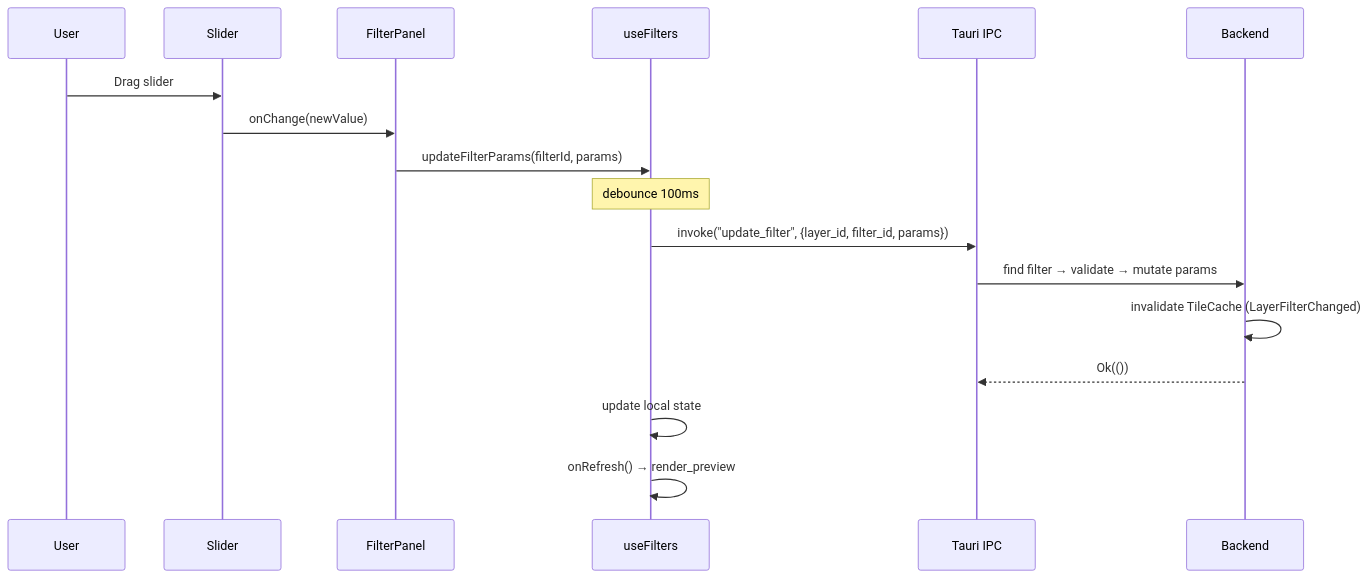
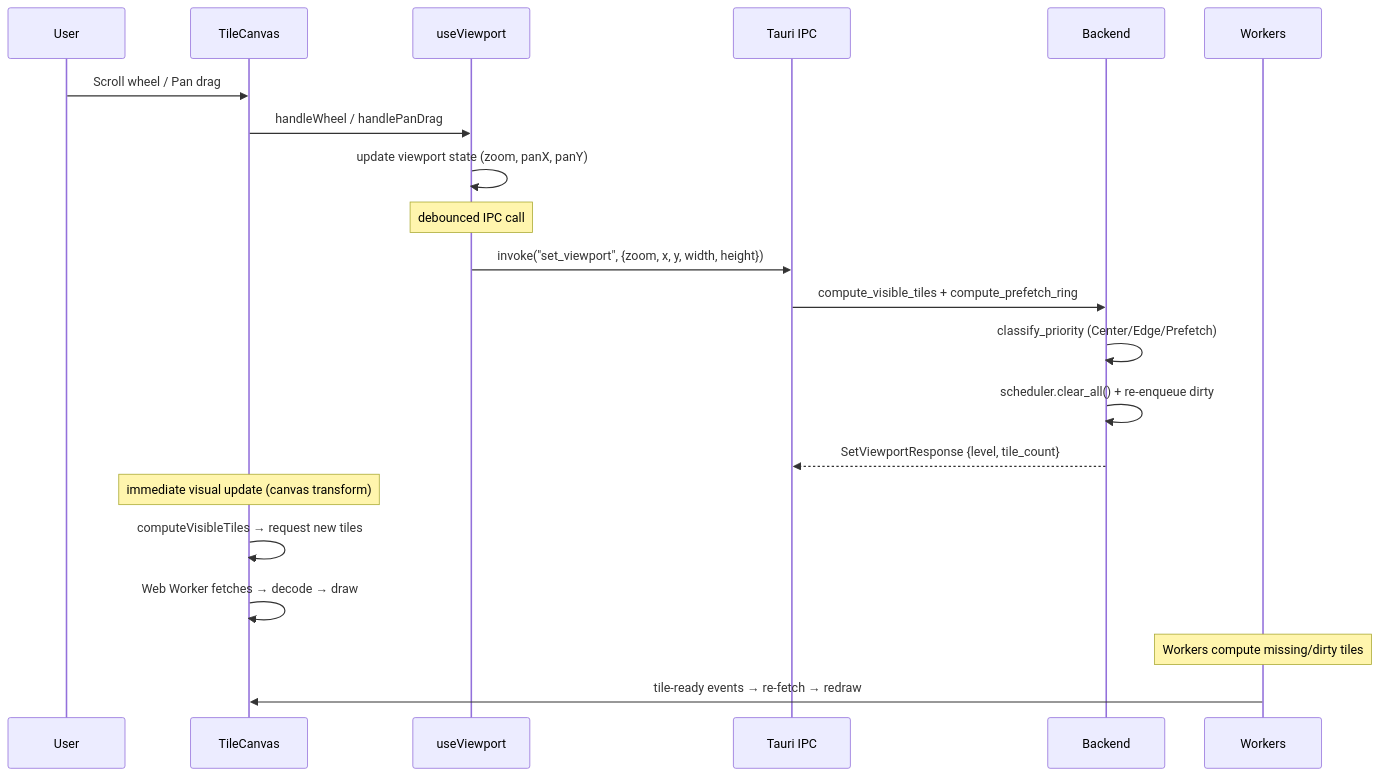
One commit to edrdavid1/dith-yuki changed the eighth of 10 diagrams in ARCHITECTURE.md. Above: the diagram before and after it, drawn with Mermaid. The commit also changed other lines of this file and 35 other files, not shown here.

First line of the commit message:
feat: tile-viewport rendering pipeline

````diff
--- a/ARCHITECTURE.md
+++ b/ARCHITECTURE.md
@@ -1004,20 +1213,25 @@
 ```mermaid
 sequenceDiagram
     participant User
-    participant Slider
-    participant FilterPanel
-    participant useFilters
+    participant TileCanvas
+    participant useViewport
     participant IPC as Tauri IPC
     participant Backend
+    participant Workers
 
-    User->>Slider: Drag slider
-    Slider->>FilterPanel: onChange(newValue)
-    FilterPanel->>useFilters: updateFilterParams(filterId, params)
-    Note over useFilters: debounce 100ms
-    useFilters->>IPC: invoke("update_filter", {layer_id, filter_id, params})
-    IPC->>Backend: find filter → validate → mutate params
-    Backend->>Backend: invalidate TileCache (LayerFilterChanged)
-    Backend-->>IPC: Ok(())
-    useFilters->>useFilters: update local state
-    useFilters->>useFilters: onRefresh() → render_preview
+    User->>TileCanvas: Scroll wheel / Pan drag
+    TileCanvas->>useViewport: handleWheel / handlePanDrag
+    useViewport->>useViewport: update viewport state (zoom, panX, panY)
+    Note over useViewport: debounced IPC call
+    useViewport->>IPC: invoke("set_viewport", {zoom, x, y, width, height})
+    IPC->>Backend: compute_visible_tiles + compute_prefetch_ring
+    Backend->>Backend: classify_priority (Center/Edge/Prefetch)
+    Backend->>Backend: scheduler.clear_all() + re-enqueue dirty
+    Backend-->>IPC: SetViewportResponse {level, tile_count}
+
+    Note over TileCanvas: immediate visual update (canvas transform)
+    TileCanvas->>TileCanvas: computeVisibleTiles → request new tiles
+    TileCanvas->>TileCanvas: Web Worker fetches → decode → draw
+    Note over Workers: Workers compute missing/dirty tiles
+    Workers->>TileCanvas: tile-ready events → re-fetch → redraw
 ```
````
